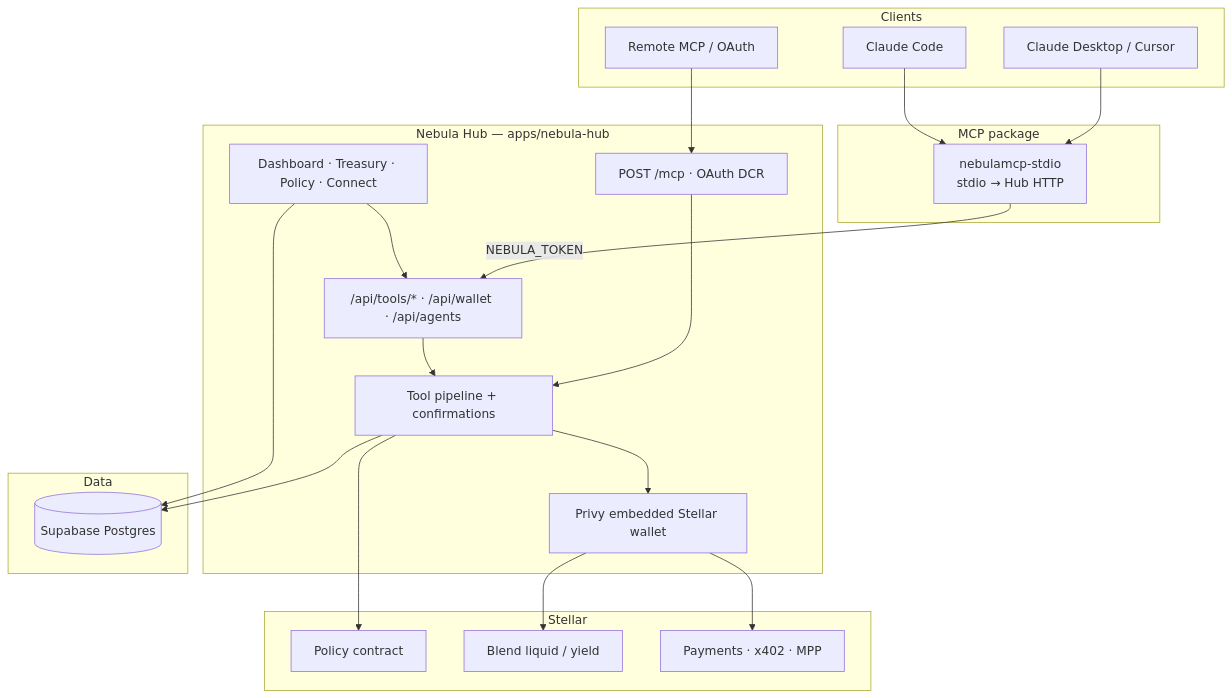
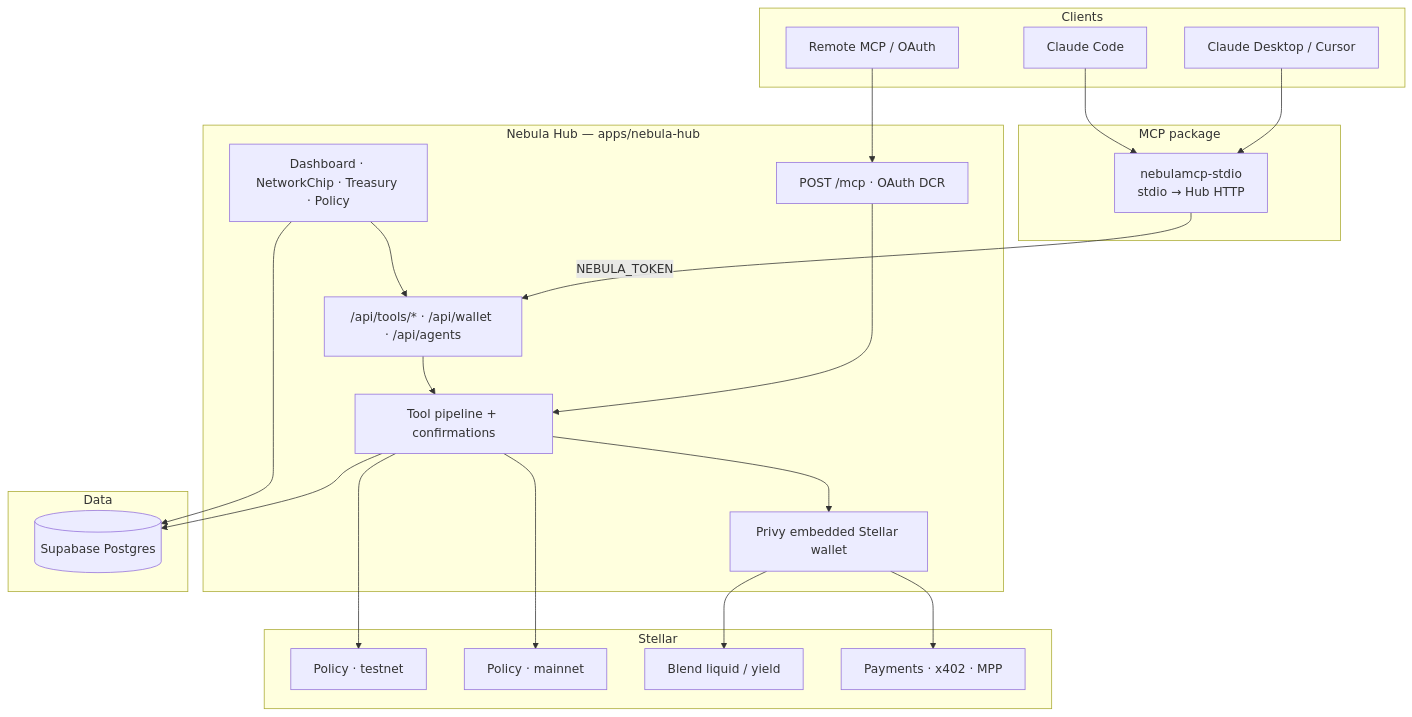
The diagram in README.md (Caerlower/Nebula), drawn with Mermaid before and after one commit. The commit also changed other lines of this file and 1 other file, not shown here.

Commit message:
docs: document twin-ledger networks and dual policy contract ids

````diff
--- a/README.md
+++ b/README.md
@@ -41,44 +43,46 @@
 ```mermaid
 flowchart TB
   subgraph clients [Clients]
     CD[Claude Desktop / Cursor]
     CC[Claude Code]
     RM[Remote MCP / OAuth]
   end
 
   subgraph npm [MCP package]
     STDIO["nebulamcp-stdio<br/>stdio → Hub HTTP"]
   end
 
   subgraph hub [Nebula Hub — apps/nebula-hub]
-    UI[Dashboard · Treasury · Policy · Connect]
+    UI[Dashboard · NetworkChip · Treasury · Policy]
     API["/api/tools/* · /api/wallet · /api/agents"]
     MCP["POST /mcp · OAuth DCR"]
     PIPE[Tool pipeline + confirmations]
     PRIVY[Privy embedded Stellar wallet]
   end
 
   subgraph chain [Stellar]
-    POL[Policy contract]
+    POLT[Policy · testnet]
+    POLM[Policy · mainnet]
     TREAS[Blend liquid / yield]
     NET[Payments · x402 · MPP]
   end
 
   subgraph data [Data]
     SB[(Supabase Postgres)]
   end
 
   CD --> STDIO
   CC --> STDIO
   STDIO -->|"NEBULA_TOKEN"| API
   RM --> MCP
   MCP --> PIPE
   API --> PIPE
   UI --> API
   PIPE --> PRIVY
-  PIPE --> POL
+  PIPE --> POLT
+  PIPE --> POLM
   PRIVY --> TREAS
   PRIVY --> NET
   PIPE --> SB
   UI --> SB
 ```
````
